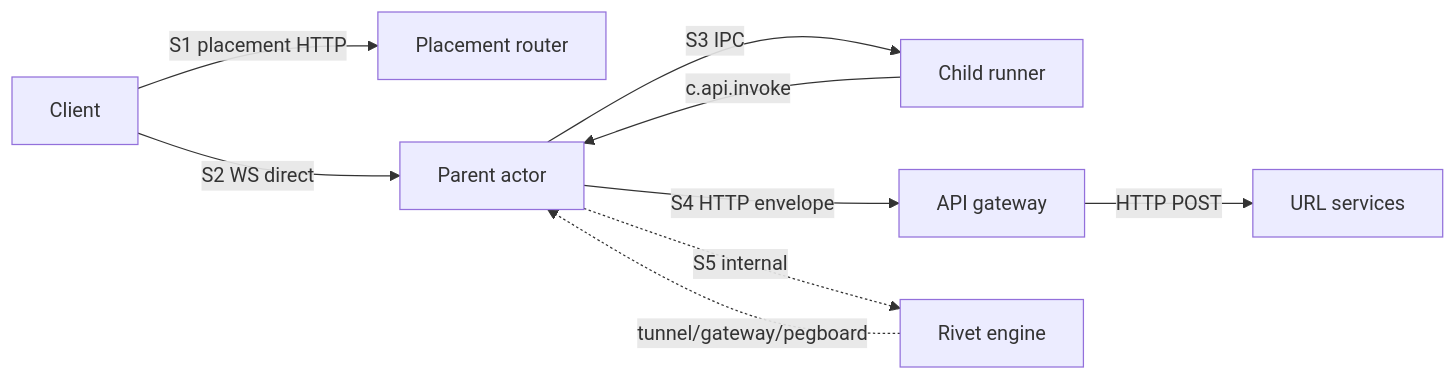
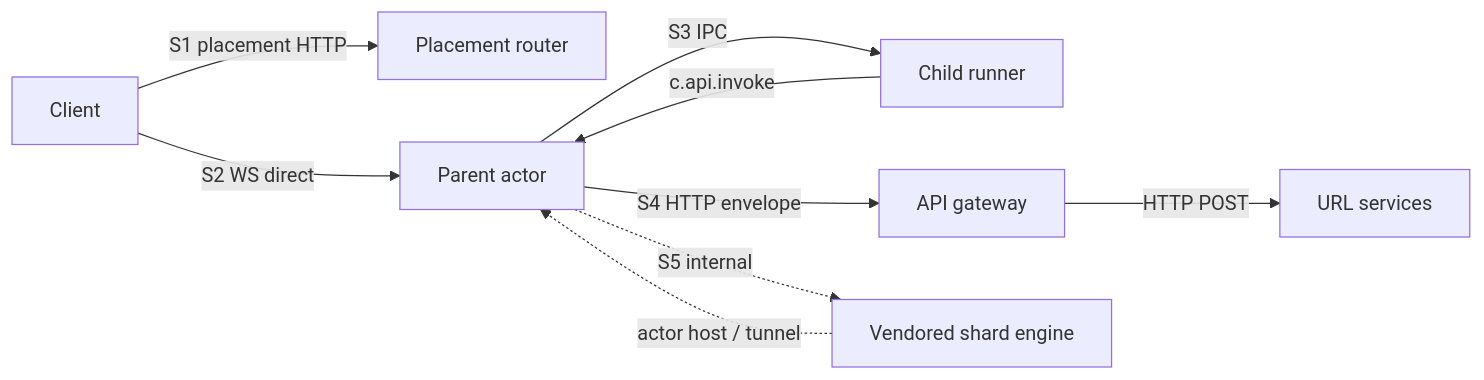
Before and after one commit to pax-historia/pax-backend: the first of 2 diagrams in docs-next/subsystems/observability.md, drawn with Mermaid. The commit also changed other lines of this file and 22 other files, not shown here.

````diff
--- a/docs-next/subsystems/observability.md
+++ b/docs-next/subsystems/observability.md
@@ -40,19 +40,19 @@
 ```mermaid
 flowchart LR
   client[Client]
   router[Placement router]
   parent[Parent actor]
   child[Child runner]
   gw[API gateway]
   url[URL services]
-  engine[Rivet engine]
+  shardInfra[Vendored shard engine]
 
   client -->|S1 placement HTTP| router
   client -->|S2 WS direct| parent
   parent -->|S3 IPC| child
   child -->|c.api.invoke| parent
   parent -->|S4 HTTP envelope| gw
   gw -->|HTTP POST| url
-  parent -.->|S5 internal| engine
-  engine -.->|tunnel/gateway/pegboard| parent
+  parent -.->|S5 internal| shardInfra
+  shardInfra -.->|actor host / tunnel| parent
 ```
````
